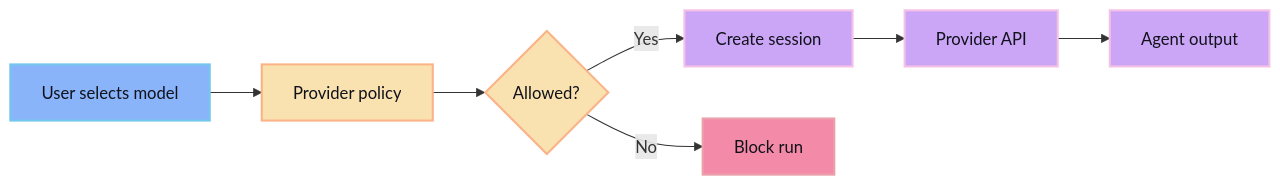
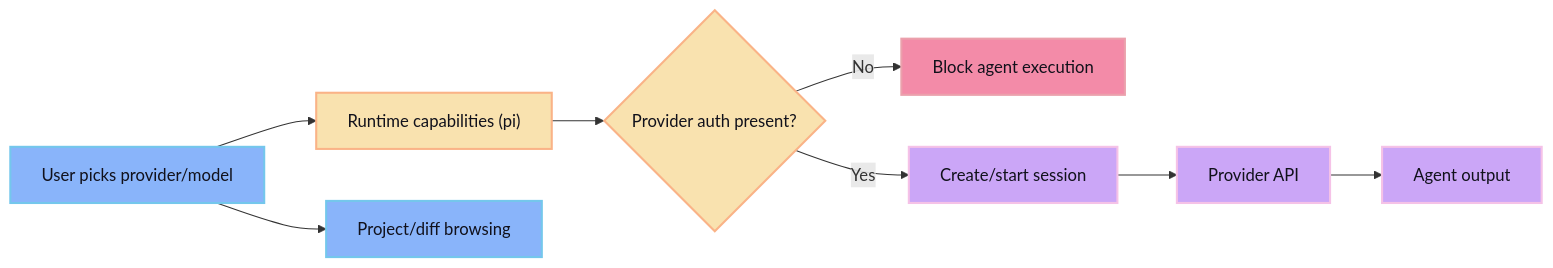
One commit to cloudboy-jh/glib-code-docs changed the diagram in src/content/docs/concepts/providers.md. Above: the diagram before and after it, drawn with Mermaid. The commit also changed other lines of this file and 18 other files, not shown here.

Commit message:
Rebuild docs IA and diagrams

````diff
--- a/src/content/docs/concepts/providers.md
+++ b/src/content/docs/concepts/providers.md
@@ -10,20 +14,21 @@
 ```mermaid
 flowchart LR
-  User["User selects model"] --> Policy["Provider policy"]
-  Policy --> Allowed{"Allowed?"}
-  Allowed -->|Yes| Session["Create session"]
-  Allowed -->|No| Block["Block run"]
+  UI["User picks provider/model"] --> Runtime["Runtime capabilities (pi)"]
+  Runtime --> Auth{"Provider auth present?"}
+  Auth -->|No| Block["Block agent execution"]
+  Auth -->|Yes| Session["Create/start session"]
   Session --> Provider["Provider API"]
-  Provider --> Agent["Agent output"]
+  Provider --> Output["Agent output"]
+  UI --> Browse["Project/diff browsing"]
 
   classDef input fill:#89b4fa,stroke:#74c7ec,color:#11111b,stroke-width:2px
   classDef policy fill:#f9e2af,stroke:#fab387,color:#11111b,stroke-width:2px
   classDef good fill:#a6e3a1,stroke:#94e2d5,color:#11111b,stroke-width:2px
   classDef bad fill:#f38ba8,stroke:#eba0ac,color:#11111b,stroke-width:2px
   classDef core fill:#cba6f7,stroke:#f5c2e7,color:#11111b,stroke-width:2px
 
-  class User input
-  class Policy,Allowed policy
-  class Session,Provider,Agent core
+  class UI,Browse input
+  class Runtime,Auth policy
+  class Session,Provider,Output core
   class Block bad
 ```
````
